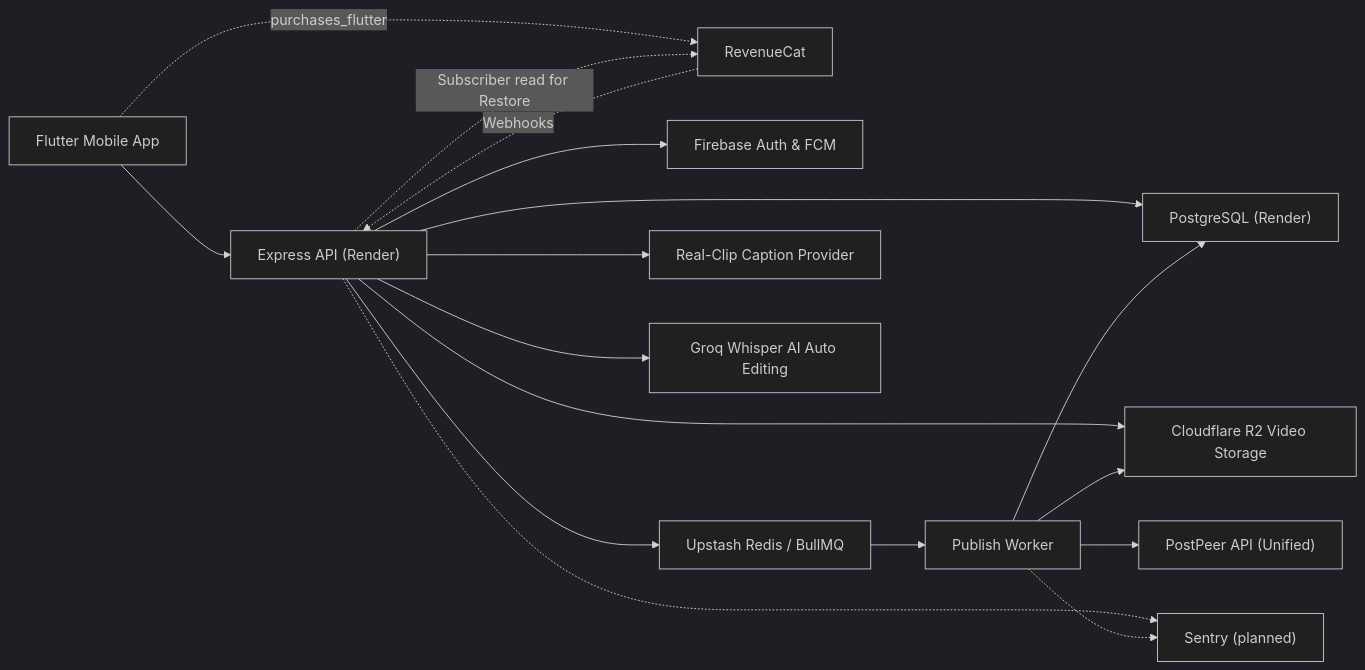
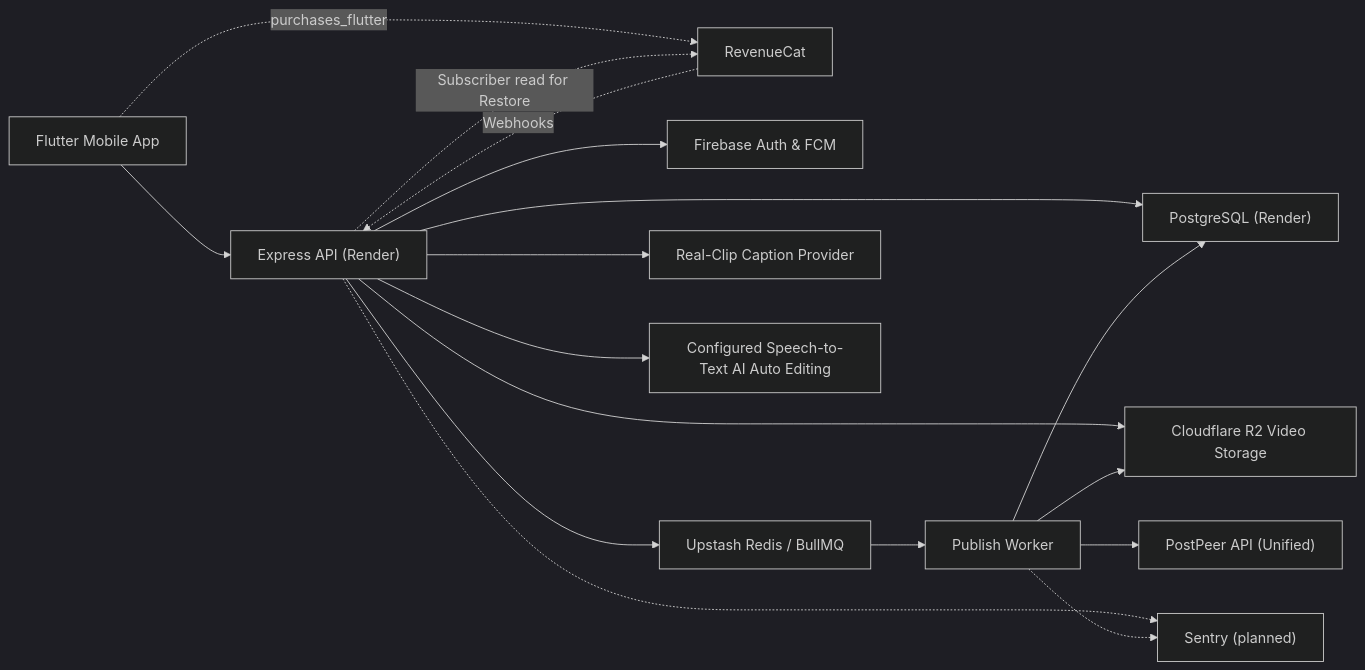
One commit to NOI56/PostDeeMobile changed the first of 8 diagrams in ARCHITECTURE.md. Above: the diagram before and after it, drawn with Mermaid (dark theme). The commit also changed other lines of this file and 7 other files, not shown here.

````diff
--- a/ARCHITECTURE.md
+++ b/ARCHITECTURE.md
@@ -32,19 +32,19 @@
 ```mermaid
 flowchart LR
   Mobile["Flutter Mobile App"] --> API["Express API (Render)"]
   Mobile -.->|purchases_flutter| RC["RevenueCat"]
   RC -.->|Webhooks| API
   API -.->|Subscriber read for Restore| RC
   API --> Auth["Firebase Auth & FCM"]
   API --> DB["PostgreSQL (Render)"]
   API --> Storage["Cloudflare R2 Video Storage"]
   API --> Queue["Upstash Redis / BullMQ"]
   API --> Captions["Real-Clip Caption Provider"]
-  API --> Editing["Groq Whisper AI Auto Editing"]
+  API --> Editing["Configured Speech-to-Text AI Auto Editing"]
   Queue --> Worker["Publish Worker"]
   Worker --> Social["PostPeer API (Unified)"]
   Worker --> Storage
   Worker --> DB
   API -.-> PlannedSentry["Sentry (planned)"]
   Worker -.-> PlannedSentry
 ```
````
